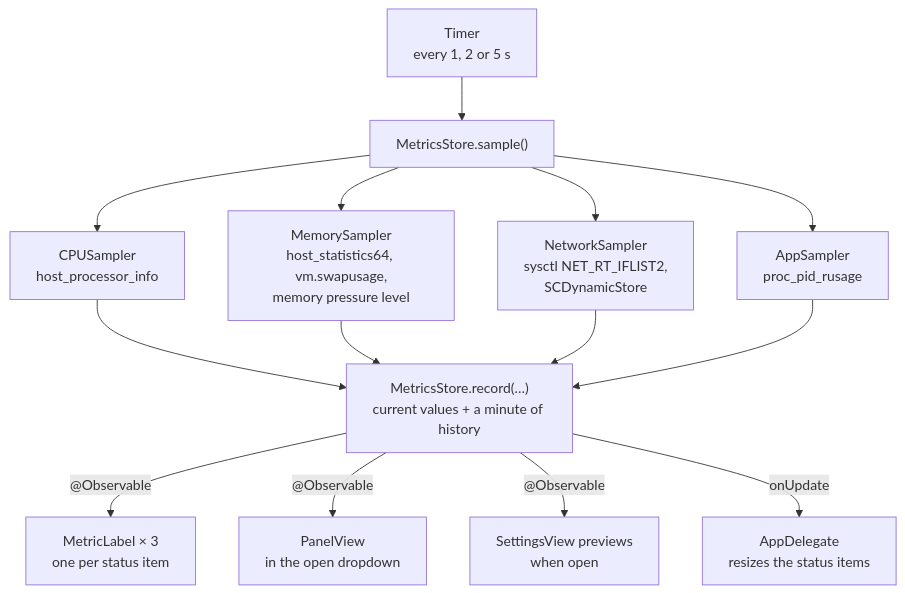
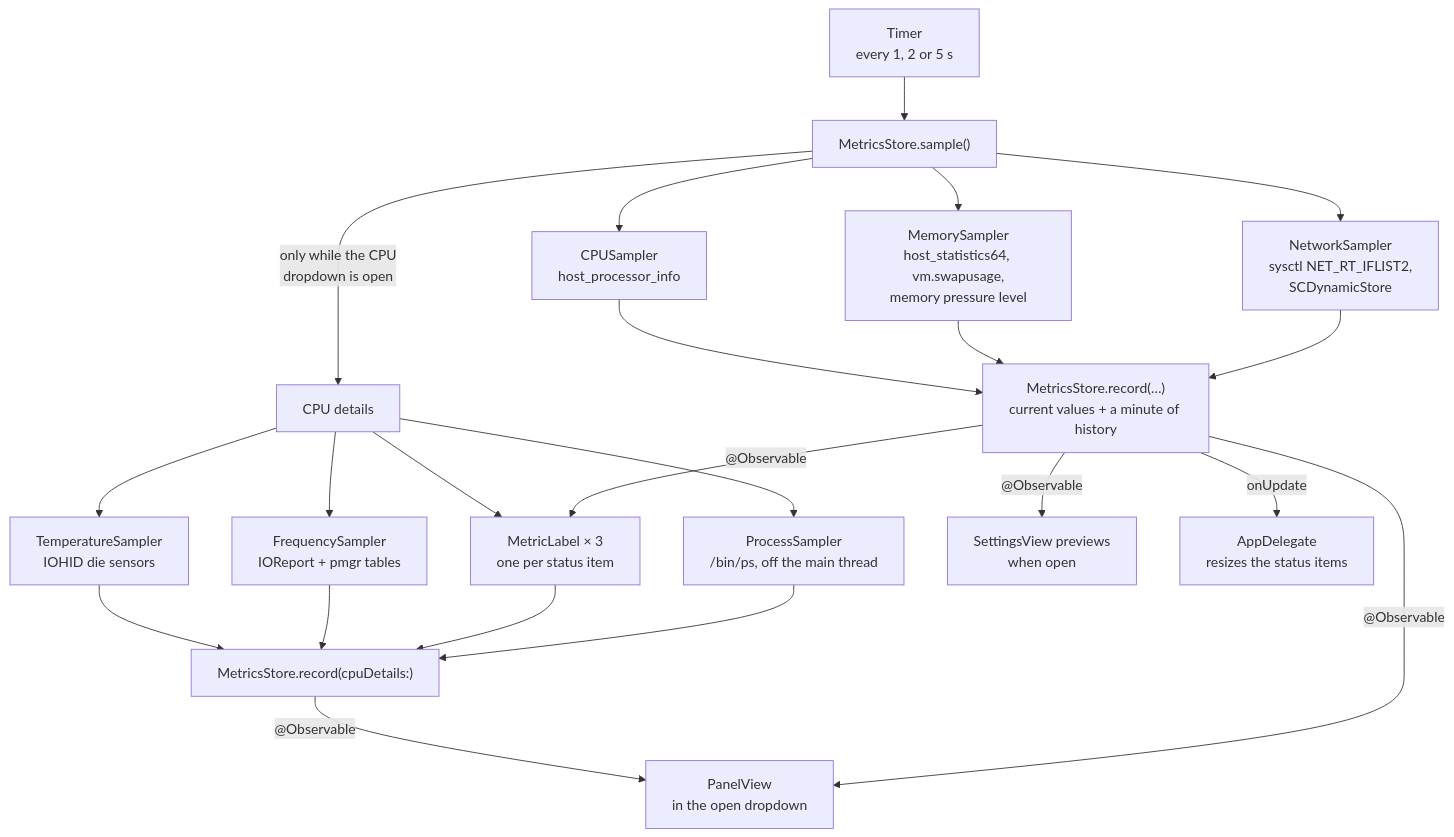
The diagram in Docs/ARCHITECTURE.md (rwijnen/menu-bar-monitor), drawn with Mermaid before and after one commit. The commit also changed other lines of this file and 25 other files, not shown here.

First line of the commit message:
Show Stats' CPU details in the CPU dropdown

````diff
--- a/Docs/ARCHITECTURE.md
+++ b/Docs/ARCHITECTURE.md
@@ -10,13 +10,19 @@
 ```mermaid
 flowchart TD
     T["Timer<br/>every 1, 2 or 5 s"] --> S["MetricsStore.sample()"]
     S --> C["CPUSampler<br/>host_processor_info"]
     S --> M["MemorySampler<br/>host_statistics64, vm.swapusage,<br/>memory pressure level"]
     S --> N["NetworkSampler<br/>sysctl NET_RT_IFLIST2,<br/>SCDynamicStore"]
-    S --> A["AppSampler<br/>proc_pid_rusage"]
-    C & M & N & A --> R["MetricsStore.record(…)<br/>current values + a minute of history"]
+    C & M & N --> R["MetricsStore.record(…)<br/>current values + a minute of history"]
+    S -->|"only while the CPU<br/>dropdown is open"| D["CPU details"]
+    D --> Th["TemperatureSampler<br/>IOHID die sensors"]
+    D --> F["FrequencySampler<br/>IOReport + pmgr tables"]
+    D --> L["SystemInfo<br/>load average, uptime"]
+    D --> Ps["ProcessSampler<br/>/bin/ps, off the main thread"]
+    Th & F & L & Ps --> RD["MetricsStore.record(cpuDetails:)"]
+    RD -->|"@Observable"| P
     R -->|"@Observable"| L["MetricLabel × 3<br/>one per status item"]
     R -->|"@Observable"| P["PanelView<br/>in the open dropdown"]
     R -->|"@Observable"| V["SettingsView previews<br/>when open"]
     R -->|"onUpdate"| W["AppDelegate<br/>resizes the status items"]
 ```
````
